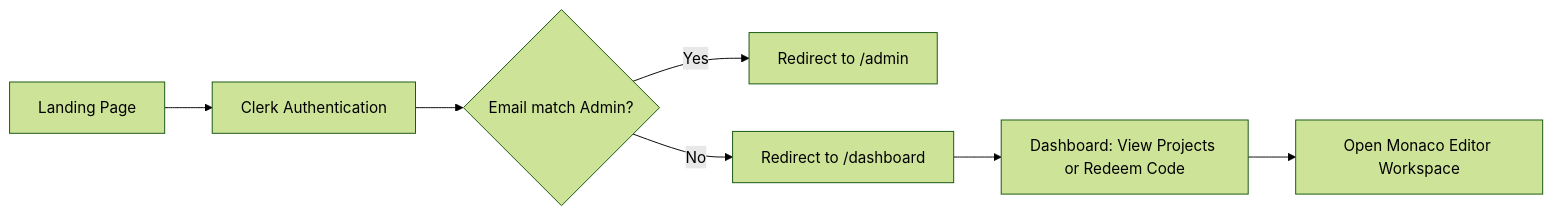
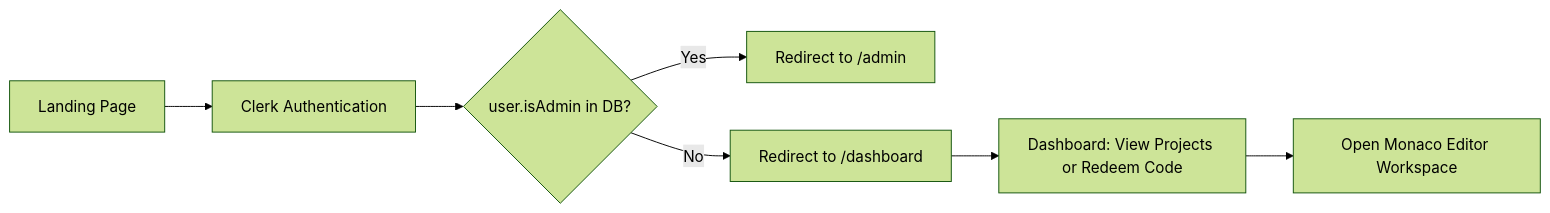
Before and after one commit to Siddhantshukla1657/Texly: the first of 3 diagrams in docs/design.md, drawn with Mermaid (forest theme). The commit also changed 13 other files, not shown here.

Commit message:
refactor: clean up codebase architecture and implement dynamic admin bootstrapping

````diff
--- a/docs/design.md
+++ b/docs/design.md
@@ -34,9 +34,9 @@
 ```mermaid
 flowchart LR
     A[Landing Page] --> B[Clerk Authentication]
-    B --> C{Email match Admin?}
+    B --> C{user.isAdmin in DB?}
     C -->|Yes| D[Redirect to /admin]
     C -->|No| E[Redirect to /dashboard]
     E --> F[Dashboard: View Projects or Redeem Code]
     F --> G[Open Monaco Editor Workspace]
 ```
````
